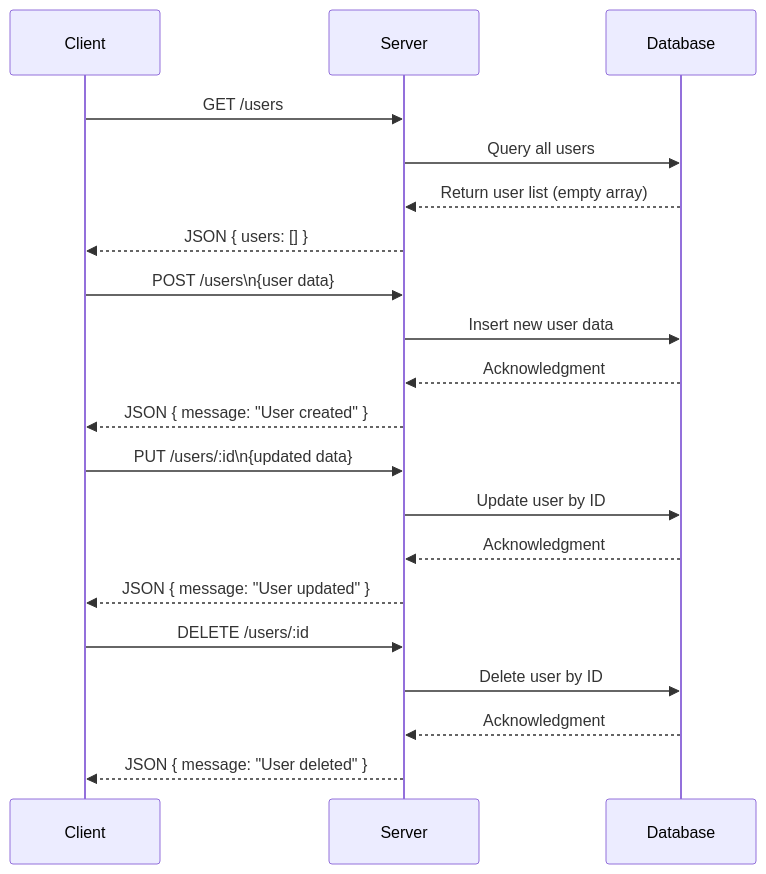
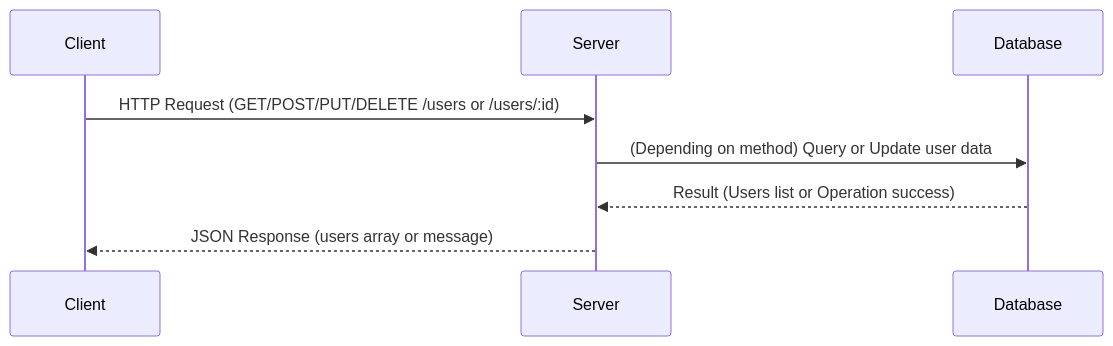
The diagram in generated-api-docs.md (swmiya8/sample-api-key), drawn with Mermaid before and after one commit. The commit also changed other lines of this file, not shown here.

````diff
--- a/generated-api-docs.md
+++ b/generated-api-docs.md
@@ -219,26 +249,11 @@
 ```mermaid
 sequenceDiagram
     participant Client
     participant Server
     participant Database
 
-    Client->>Server: GET /users
-    Server->>Database: Query all users
-    Database-->>Server: Return user list (empty array)
-    Server-->>Client: JSON { users: [] }
-
-    Client->>Server: POST /users\n{user data}
-    Server->>Database: Insert new user data
-    Database-->>Server: Acknowledgment
-    Server-->>Client: JSON { message: "User created" }
-
-    Client->>Server: PUT /users/:id\n{updated data}
-    Server->>Database: Update user by ID
-    Database-->>Server: Acknowledgment
-    Server-->>Client: JSON { message: "User updated" }
-
-    Client->>Server: DELETE /users/:id
-    Server->>Database: Delete user by ID
-    Database-->>Server: Acknowledgment
-    Server-->>Client: JSON { message: "User deleted" }
+    Client->>Server: HTTP Request (GET/POST/PUT/DELETE /users or /users/:id)
+    Server->>Database: (Depending on method) Query or Update user data
+    Database-->>Server: Result (Users list or Operation success)
+    Server-->>Client: JSON Response (users array or message)
 ```
````
